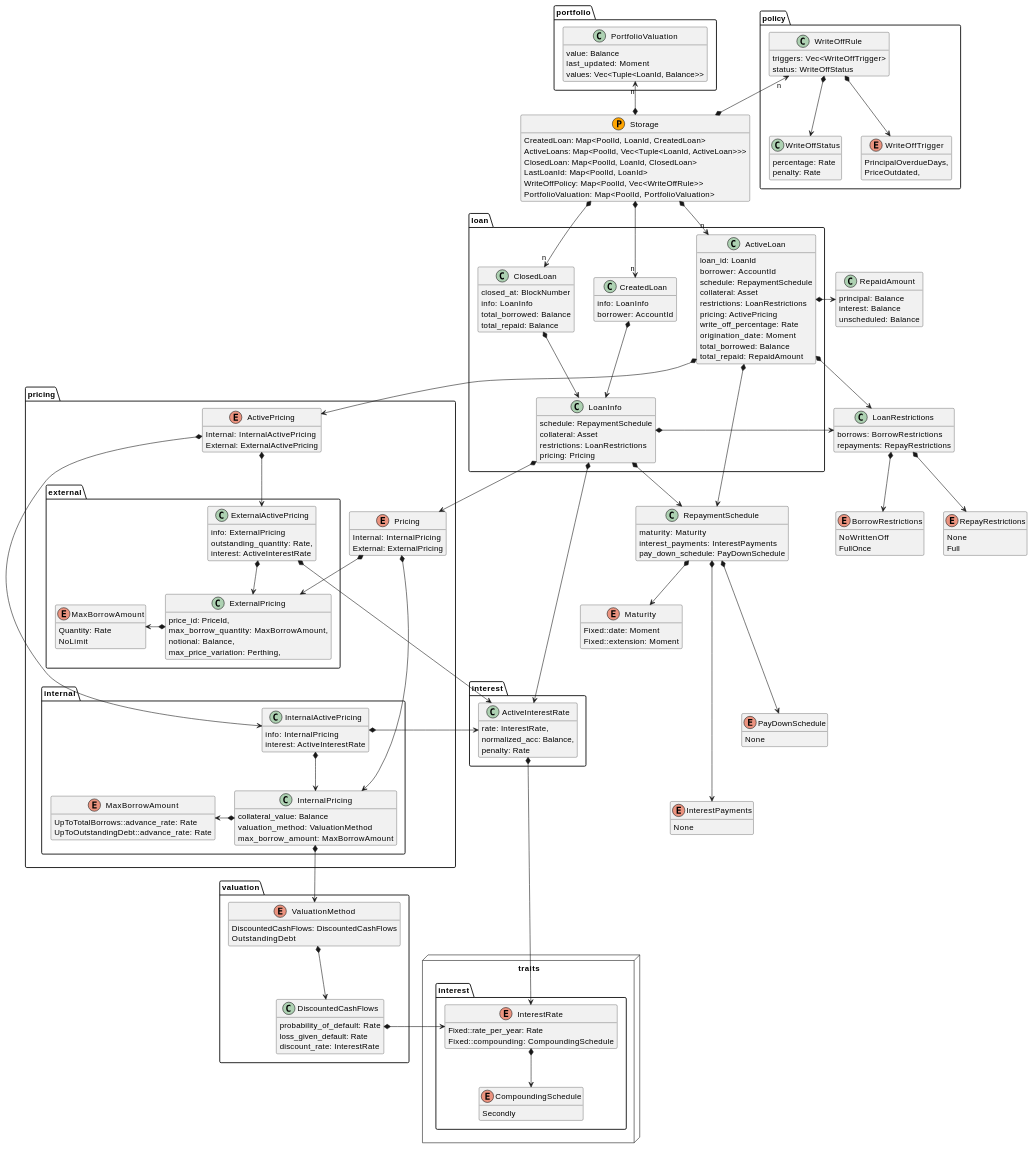
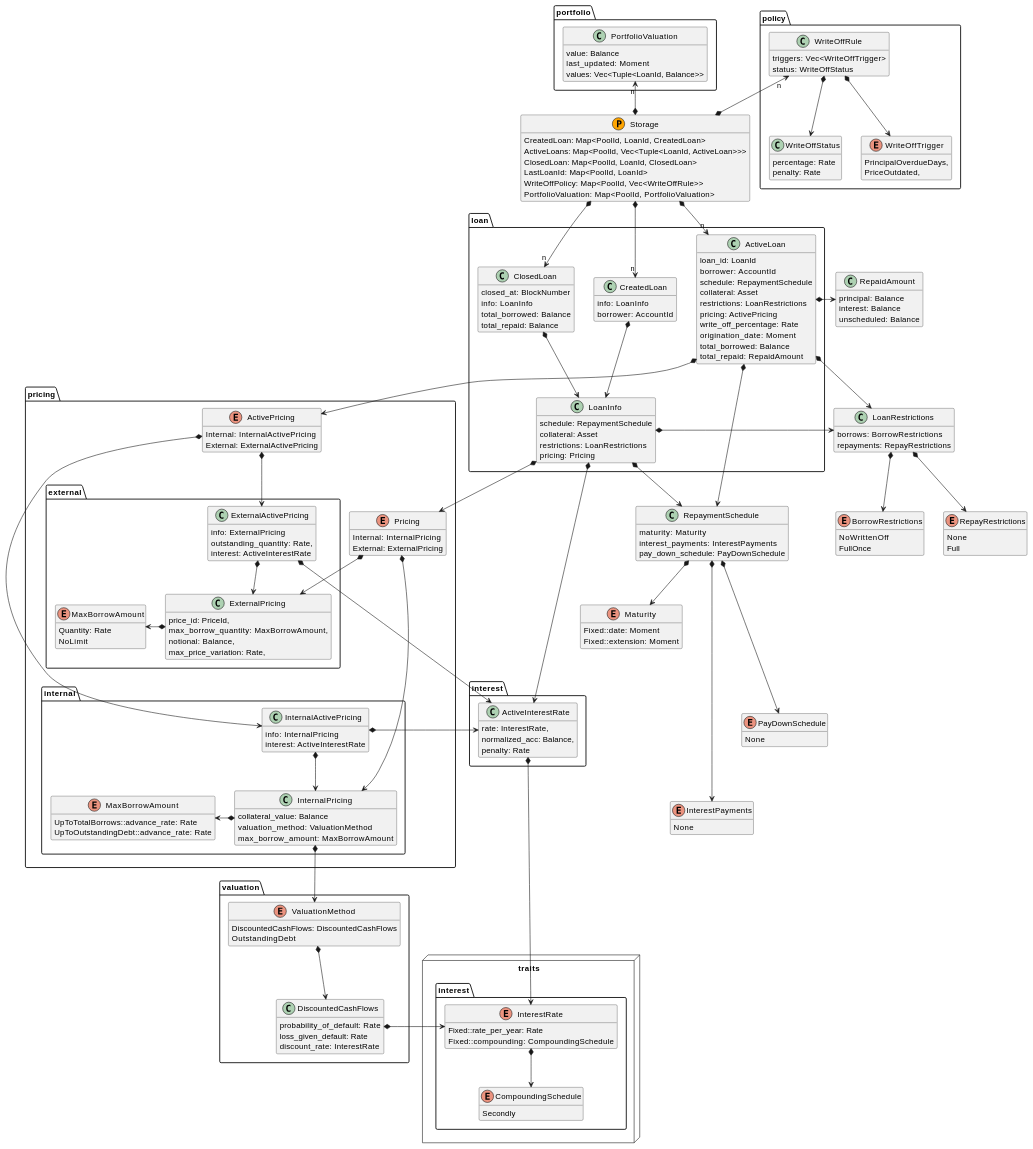
Before and after one commit to centrifuge/centrifuge-chain: the diagram in pallets/loans/docs/types.md, drawn with PlantUML.

```diff
--- a/pallets/loans/docs/types.md
+++ b/pallets/loans/docs/types.md
@@ -156,7 +156,7 @@
             price_id: PriceId,
             max_borrow_quantity: MaxBorrowAmount,
             notional: Balance,
-            max_price_variation: Perthing,
+            max_price_variation: Rate,
         }
 
         ExternalPricing *-l-> MaxBorrowAmount
```
